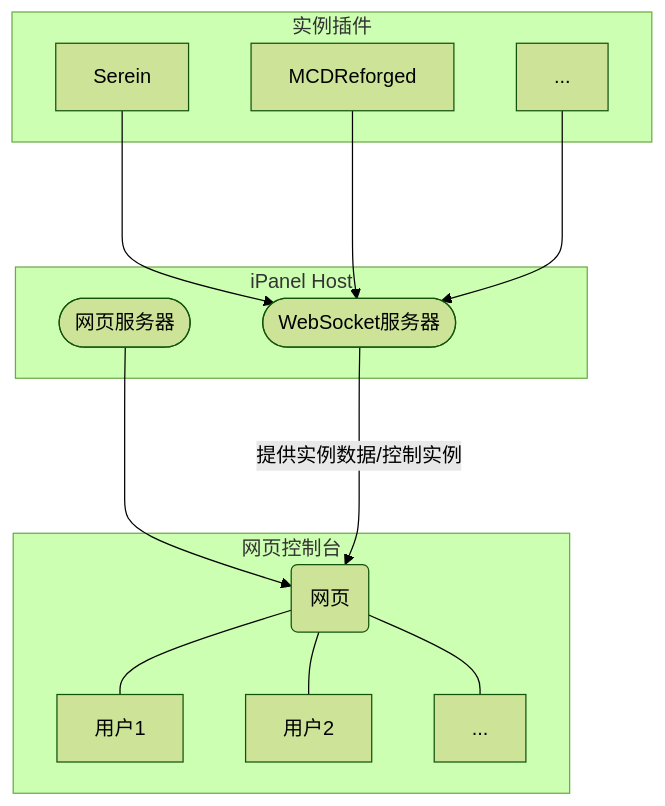
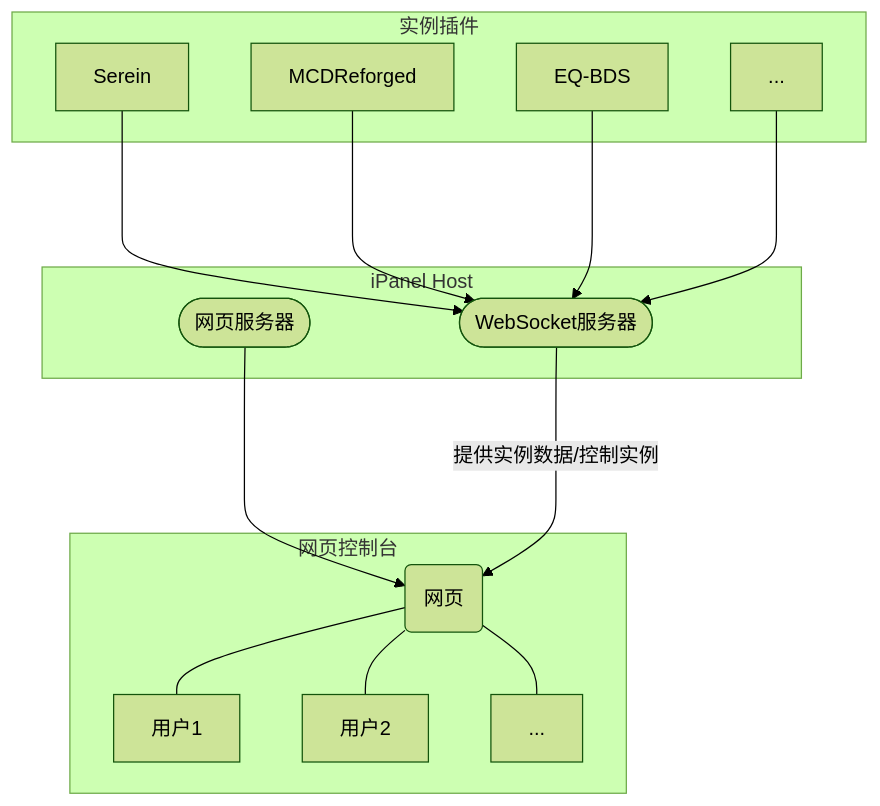
One commit to iPanelDev/ipaneldev.github.io changed the diagram in docs/intro.md. Above: the diagram before and after it, drawn with Mermaid (forest theme). The commit also changed other lines of this file and 26 other files, not shown here.

````diff
--- a/docs/intro.md
+++ b/docs/intro.md
@@ -45,31 +23,33 @@
 ```mermaid
 flowchart TB
     subgraph iPanel Host
     ws(["WebSocket服务器"])
     web(["网页服务器"])
     end
     
     subgraph 实例插件
     i1["Serein"]
     i2["MCDReforged"]
-    i3["..."]
+    i3["EQ-BDS"]
+    i4["..."]
     end
     
     i1 ---> ws
     i2 ---> ws
     i3 ---> ws
+    i4 ---> ws
 
     subgraph 网页控制台
     u1["用户1"]
     u2["用户2"]
     u3["..."]
     website("网页")
     end
     
     web ---> website
     website --- u1
     website --- u2
     website --- u3
 
     ws --->|"提供实例数据/控制实例"| website
 ```
````
